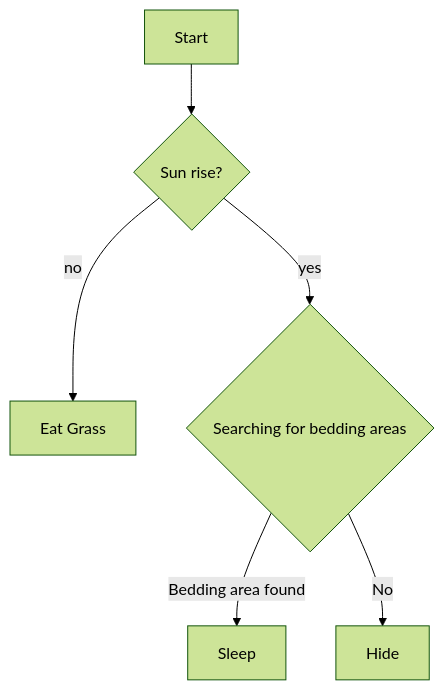
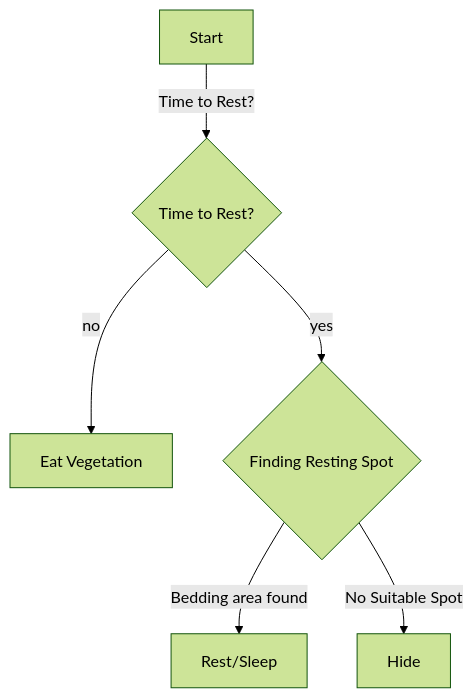
Before and after one commit to Red-Sigma/proj-ki-geo: the third of 5 diagrams in docs/design/animals/elk/elk.md, drawn with Mermaid (forest theme). The commit also changed other lines of this file and 2 other files, not shown here.

````diff
--- a/docs/design/animals/elk/elk.md
+++ b/docs/design/animals/elk/elk.md
@@ -19,8 +19,8 @@
 ```mermaid
 flowchart TD
-    A[Start]--> B{Sun rise?}
-    B -->|no| D[Eat Grass]
-    B -->|yes| C{Searching for bedding areas}
-    C -->|Bedding area found| E[Sleep]
-    C -->|No| F[Hide]
+    A[Start]-->|Time to Rest?| B{Time to Rest?}
+    B -->|no| C[Eat Vegetation]
+    B -->|yes| D{Finding Resting Spot}
+    D -->|Bedding area found| E[Rest/Sleep]
+    D -->|No Suitable Spot| F[Hide]
 ```
````
